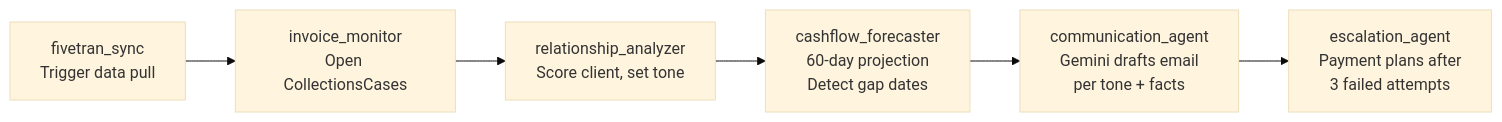
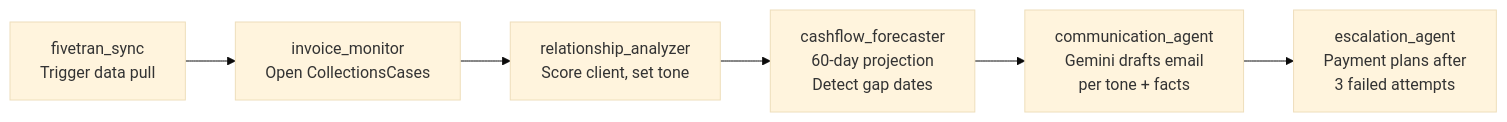
One commit to sivasundharam/cashguard changed the second of 5 diagrams in README.md. Above: the diagram before and after it, drawn with Mermaid (base theme). The commit also changed other lines of this file, not shown here.

Commit message:
docs: increase Mermaid wrappingWidth to 400 to fix text clipping

````diff
--- a/README.md
+++ b/README.md
@@ -40,12 +40,12 @@
 ```mermaid
-%%{init: {"flowchart": {"wrappingWidth": 160}}}%%
+%%{init: {"flowchart": {"wrappingWidth": 400}}}%%
 flowchart LR
     A["fivetran_sync\nTrigger data pull"]
     B["invoice_monitor\nOpen CollectionsCases"]
     C["relationship_analyzer\nScore client, set tone"]
     D["cashflow_forecaster\n60-day projection\nDetect gap dates"]
     E["communication_agent\nGemini drafts email\nper tone + facts"]
     F["escalation_agent\nPayment plans after\n3 failed attempts"]
 
     A --> B --> C --> D --> E --> F
 ```
````
